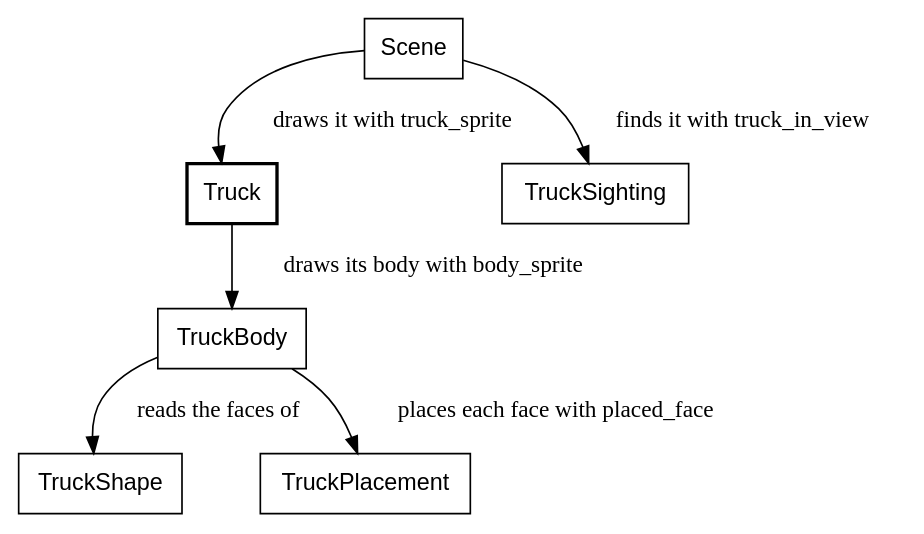
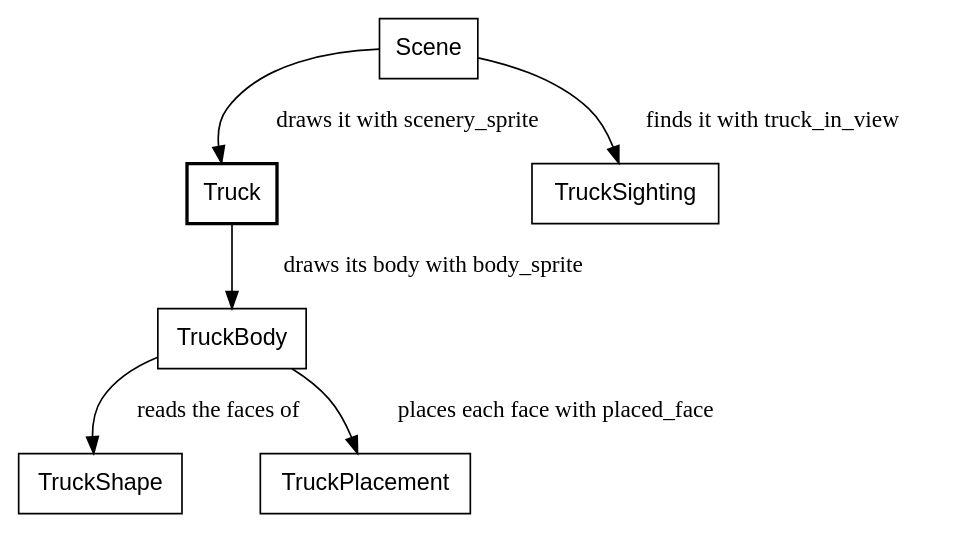
One commit to showell/roc-apps changed diagram 19 of 29 in canvas_apps/safari/tutorial/tutorial.md. Above: the diagram before and after it, drawn with Graphviz. The commit also changed other lines of this file and 5 other files, not shown here.

Commit message:
The truck is an ordinary kind: Truck.scenery_sprite, Pipeline.Sighted(Truck) in place of SightedTruck, and Scene renders it with rendering_of

````diff
--- a/canvas_apps/safari/tutorial/tutorial.md
+++ b/canvas_apps/safari/tutorial/tutorial.md
@@ -2375,11 +2375,11 @@
 ```dot
 digraph truck_drawing {
   node [shape=box, fontname="Helvetica"];
   Truck [style=bold];
   Scene -> TruckSighting [label="  finds it with truck_in_view"];
-  Scene -> Truck [label="  draws it with truck_sprite"];
+  Scene -> Truck [label="  draws it with scenery_sprite"];
   Truck -> TruckBody [label="  draws its body with body_sprite"];
   TruckBody -> TruckShape [label="  reads the faces of"];
   TruckBody -> TruckPlacement [label="  places each face with placed_face"];
 }
 ```
````
